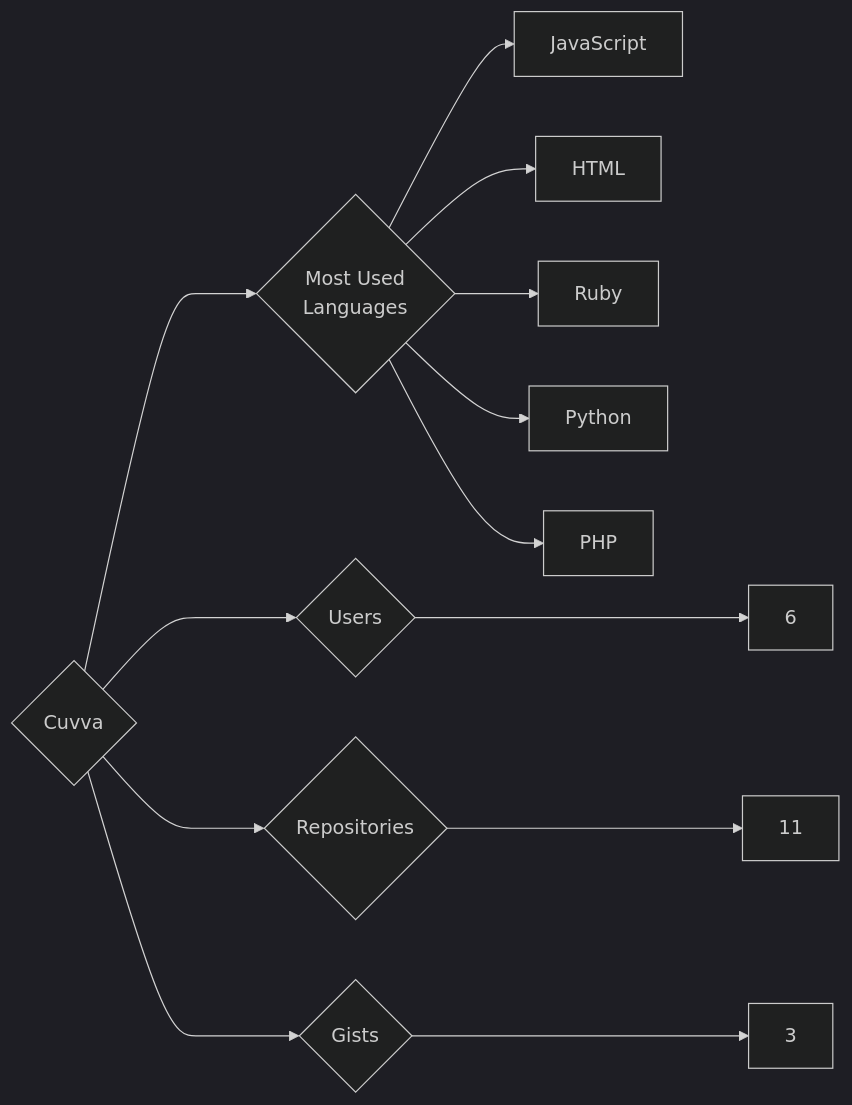
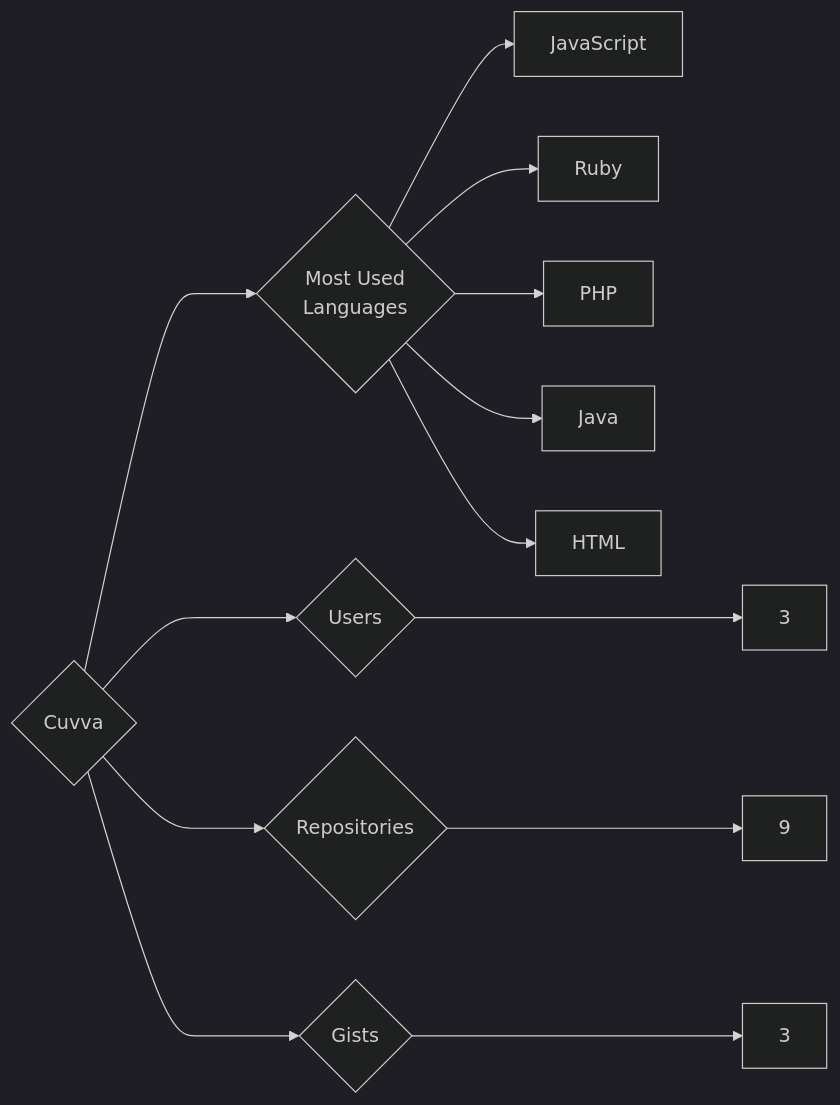
The diagram in targets/Cuvva/README.md (trickest/insiders), drawn with Mermaid (dark theme) before and after one commit. The commit also changed 1055 other files, not shown here.

````diff
--- a/targets/Cuvva/README.md
+++ b/targets/Cuvva/README.md
@@ -3,13 +3,13 @@
 ```mermaid
 graph LR
 COMPANY_NAME{Cuvva}
-COMPANY_NAME ---> U{Users} ---> UN[6]
-COMPANY_NAME ---> R{Repositories} ---> RN[11]
+COMPANY_NAME ---> U{Users} ---> UN[3]
+COMPANY_NAME ---> R{Repositories} ---> RN[9]
 COMPANY_NAME ---> G{Gists} ---> GN[3]
 COMPANY_NAME ---> ML{Most Used<br>Languages}
 ML --> JavaScript[JavaScript]
+ML --> Ruby[Ruby]
+ML --> PHP[PHP]
+ML --> Java[Java]
 ML --> HTML[HTML]
-ML --> Ruby[Ruby]
-ML --> Python[Python]
-ML --> PHP[PHP]
 ```
````
